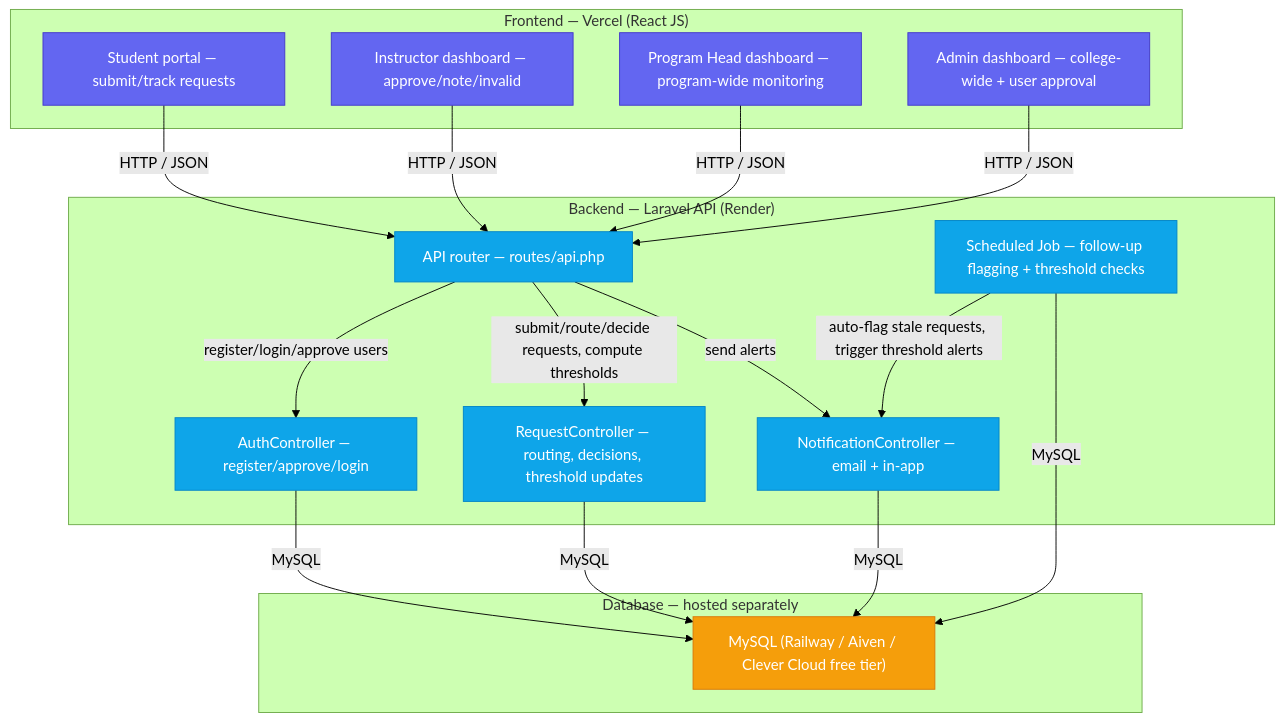
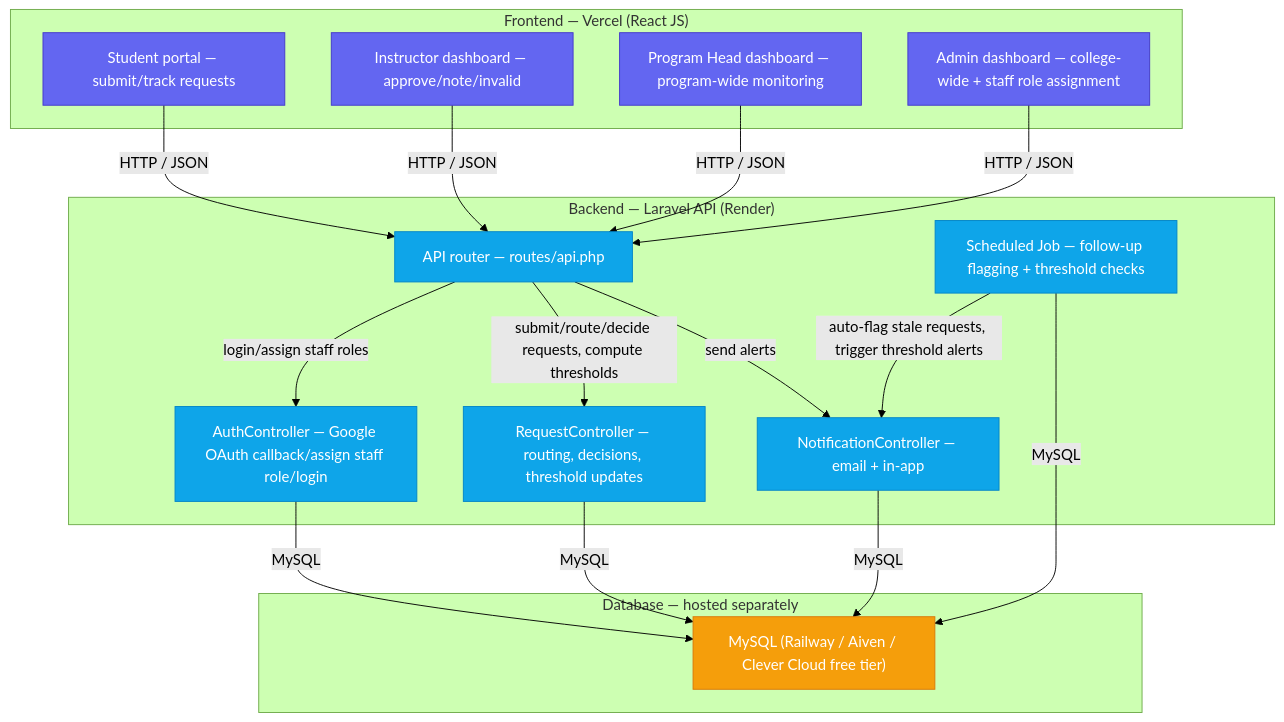
One commit to maki-sushi-distro/Absenteeism-Late-Report-and-Excuse-Letter-Management-Process-ALRM changed the diagram in ALRM.md. Above: the diagram before and after it, drawn with Mermaid (forest theme). The commit also changed other lines of this file and 6 other files, not shown here.

````diff
--- a/ALRM.md
+++ b/ALRM.md
@@ -73,38 +73,38 @@
 ```mermaid
 flowchart TB
     classDef frontend fill:#6366f1,stroke:#4338ca,color:#fff
     classDef backend fill:#0ea5e9,stroke:#0284c7,color:#fff
     classDef external fill:#f59e0b,stroke:#d97706,color:#fff
 
     subgraph FE["Frontend — Vercel (React JS)"]
         Student["Student portal — submit/track requests"]
         Instructor["Instructor dashboard — approve/note/invalid"]
         ProgHead["Program Head dashboard — program-wide monitoring"]
-        Admin["Admin dashboard — college-wide + user approval"]
+        Admin["Admin dashboard — college-wide + staff role assignment"]
     end
 
     subgraph BE["Backend — Laravel API (Render)"]
         route["API router — routes/api.php"]
-        authCtrl["AuthController — register/approve/login"]
+        authCtrl["AuthController — Google OAuth callback/assign staff role/login"]
         reqCtrl["RequestController — routing, decisions, threshold updates"]
         notifCtrl["NotificationController — email + in-app"]
         job["Scheduled Job — follow-up flagging + threshold checks"]
     end
 
     subgraph DB["Database — hosted separately"]
         mysql["MySQL (Railway / Aiven / Clever Cloud free tier)"]
     end
 
     Student & Instructor & ProgHead & Admin -->|"HTTP / JSON"| route
 
-    route -->|"register/login/approve users"| authCtrl
+    route -->|"login/assign staff roles"| authCtrl
     route -->|"submit/route/decide requests, compute thresholds"| reqCtrl
     route -->|"send alerts"| notifCtrl
     job -->|"auto-flag stale requests, trigger threshold alerts"| notifCtrl
 
     authCtrl & reqCtrl & notifCtrl & job -->|"MySQL"| mysql
 
     class Student,Instructor,ProgHead,Admin frontend
     class route,authCtrl,reqCtrl,notifCtrl,job backend
     class mysql external
 ```
````
